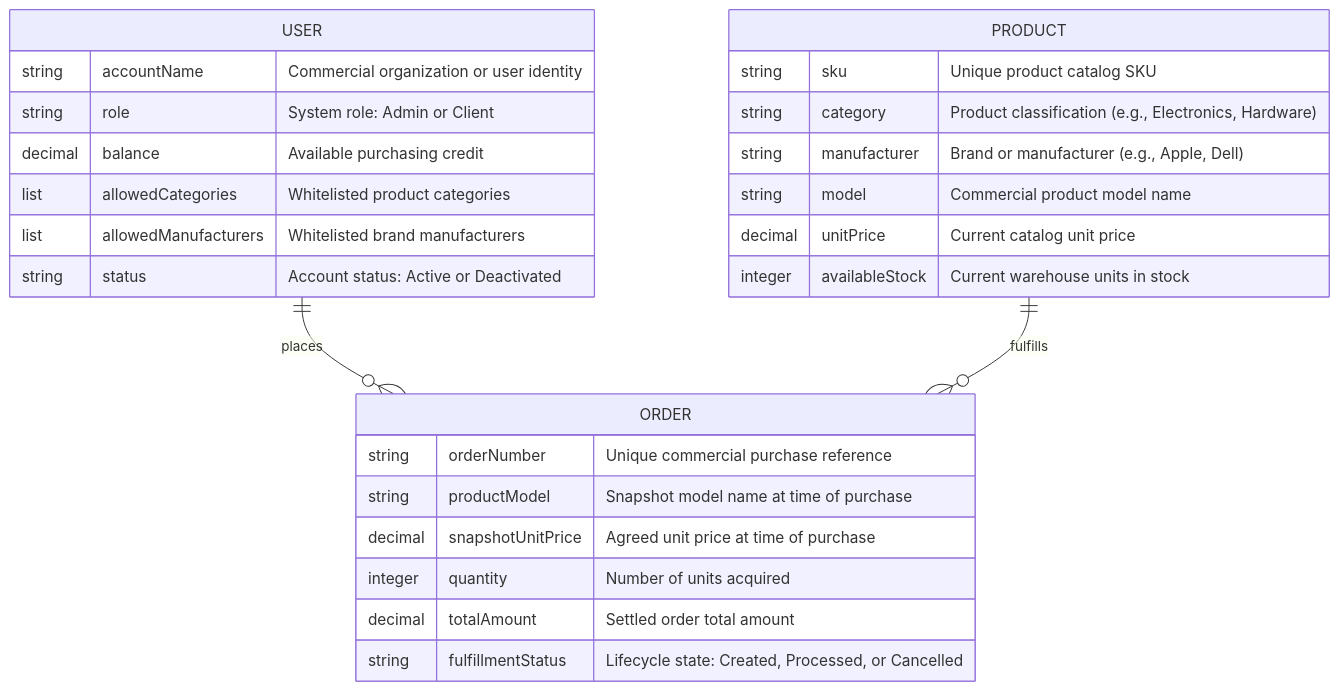
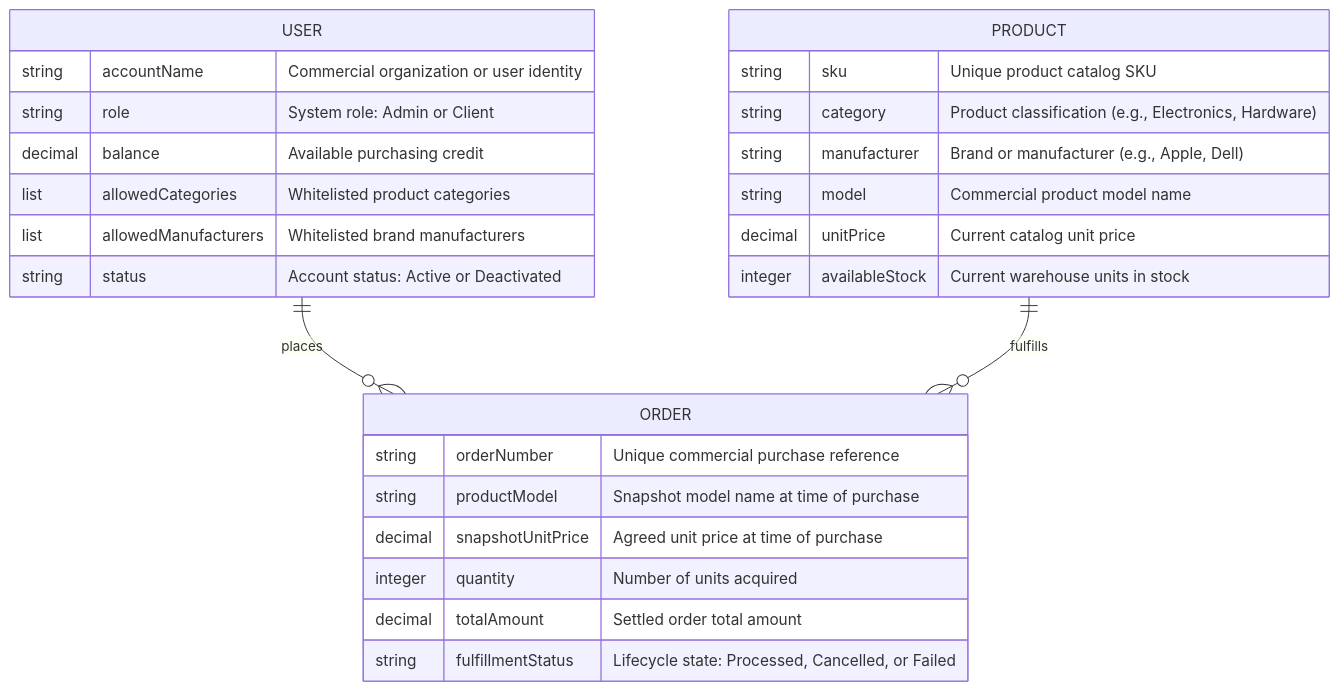
Before and after one commit to altregubov/warehouse-rest-test-app: the second of 4 diagrams in specs/CLIENT_SPEC.md, drawn with Mermaid. The commit also changed other lines of this file and 11 other files, not shown here.

First line of the commit message:
refactor: restrict order statuses to PROCESSED, CANCELLED, and FAILED

````diff
--- a/specs/CLIENT_SPEC.md
+++ b/specs/CLIENT_SPEC.md
@@ -93,32 +93,32 @@
 ```mermaid
 erDiagram
     USER ||--o{ ORDER : "places"
     PRODUCT ||--o{ ORDER : "fulfills"
 
     USER {
         string accountName "Commercial organization or user identity"
         string role "System role: Admin or Client"
         decimal balance "Available purchasing credit"
         list allowedCategories "Whitelisted product categories"
         list allowedManufacturers "Whitelisted brand manufacturers"
         string status "Account status: Active or Deactivated"
     }
 
     PRODUCT {
         string sku "Unique product catalog SKU"
         string category "Product classification (e.g., Electronics, Hardware)"
         string manufacturer "Brand or manufacturer (e.g., Apple, Dell)"
         string model "Commercial product model name"
         decimal unitPrice "Current catalog unit price"
         integer availableStock "Current warehouse units in stock"
     }
 
     ORDER {
         string orderNumber "Unique commercial purchase reference"
         string productModel "Snapshot model name at time of purchase"
         decimal snapshotUnitPrice "Agreed unit price at time of purchase"
         integer quantity "Number of units acquired"
         decimal totalAmount "Settled order total amount"
-        string fulfillmentStatus "Lifecycle state: Created, Processed, or Cancelled"
+        string fulfillmentStatus "Lifecycle state: Processed, Cancelled, or Failed"
     }
 ```
````
